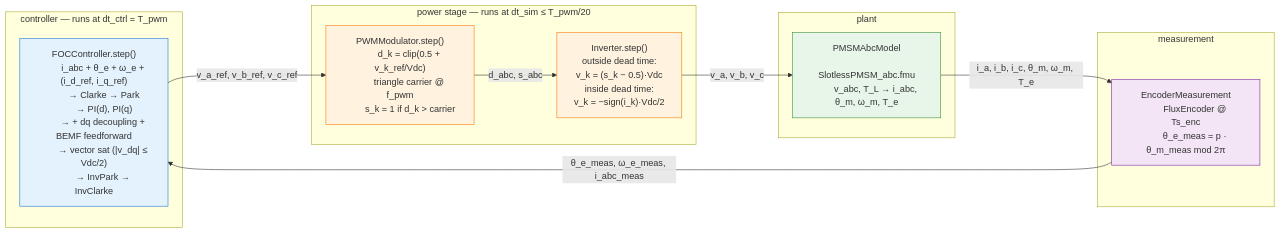
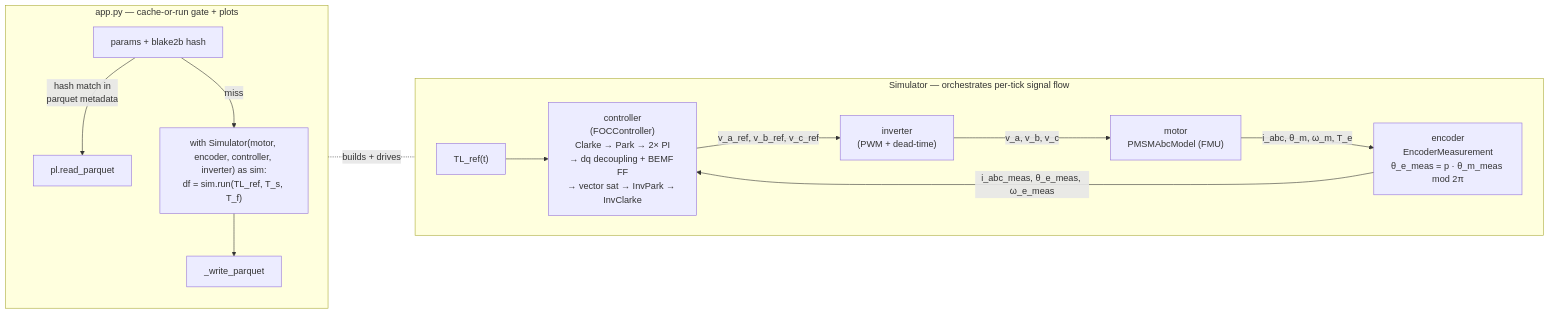
One commit to PhillipMaree/slimtorq-control changed the first of 3 diagrams in README.md. Above: the diagram before and after it, drawn with Mermaid. The commit also changed other lines of this file and 9 other files, not shown here.

````diff
--- a/README.md
+++ b/README.md
@@ -14,51 +16,25 @@
 ```mermaid
 flowchart LR
-    subgraph CTRL["controller — runs at dt_ctrl = T_pwm"]
-        FOC["FOCController.step()
-        i_abc + θ_e + ω_e + (i_d_ref, i_q_ref)
-        → Clarke → Park
-        → PI(d), PI(q)
-        → + dq decoupling + BEMF feedforward
-        → vector sat (|v_dq| ≤ Vdc/2)
-        → InvPark → InvClarke"]
+    subgraph App["app.py — cache-or-run gate + plots"]
+        direction TB
+        A1["params + blake2b hash"]
+        A1 -->|"hash match in<br/>parquet metadata"| A2["pl.read_parquet"]
+        A1 -->|"miss"| BLOCK["with Simulator(motor, encoder, controller, inverter) as sim:<br/>df = sim.run(TL_ref, T_s, T_f)"]
+        BLOCK --> A3["_write_parquet"]
     end
 
-    subgraph POW["power stage — runs at dt_sim ≤ T_pwm/20"]
-        PWM["PWMModulator.step()
-        d_k = clip(0.5 + v_k_ref/Vdc)
-        triangle carrier @ f_pwm
-        s_k = 1 if d_k > carrier"]
-        INV["Inverter.step()
-        outside dead time:
-        v_k = (s_k − 0.5)·Vdc
-        inside dead time:
-        v_k = −sign(i_k)·Vdc/2"]
+    subgraph Pipeline["Simulator — orchestrates per-tick signal flow"]
+        direction LR
+        TL["TL_ref(t)"] --> C
+        C["controller<br/>(FOCController)<br/>Clarke → Park → 2× PI<br/>→ dq decoupling + BEMF FF<br/>→ vector sat → InvPark → InvClarke"]
+        C -->|"v_a_ref, v_b_ref, v_c_ref"| I
+        I["inverter<br/>(PWM + dead-time)"]
+        I -->|"v_a, v_b, v_c"| M
+        M["motor<br/>PMSMAbcModel (FMU)"]
+        M -->|"i_abc, θ_m, ω_m, T_e"| E
+        E["encoder<br/>EncoderMeasurement<br/>θ_e_meas = p · θ_m_meas mod 2π"]
+        E -->|"i_abc_meas, θ_e_meas, ω_e_meas"| C
     end
 
-    subgraph MTR["plant"]
-        PMSM["PMSMAbcModel
-        SlotlessPMSM_abc.fmu
-        v_abc, T_L → i_abc, θ_m, ω_m, T_e"]
-    end
-
-    subgraph FBK["measurement"]
-        ENC["EncoderMeasurement
-        FluxEncoder @ Ts_enc
-        θ_e_meas = p · θ_m_meas mod 2π"]
-    end
-
-    FOC -->|v_a_ref, v_b_ref, v_c_ref| PWM
-    PWM -->|d_abc, s_abc| INV
-    INV -->|v_a, v_b, v_c| PMSM
-    PMSM -->|i_a, i_b, i_c, θ_m, ω_m, T_e| ENC
-    ENC -->|θ_e_meas, ω_e_meas, i_abc_meas| FOC
-
-    classDef ctrl fill:#e3f2fd,stroke:#1976d2;
-    classDef pow  fill:#fff3e0,stroke:#f57c00;
-    classDef mtr  fill:#e8f5e9,stroke:#388e3c;
-    classDef fbk  fill:#f3e5f5,stroke:#7b1fa2;
-    class FOC ctrl
-    class PWM,INV pow
-    class PMSM mtr
-    class ENC fbk
+    App -.-|"builds + drives"| Pipeline
 ```
````
